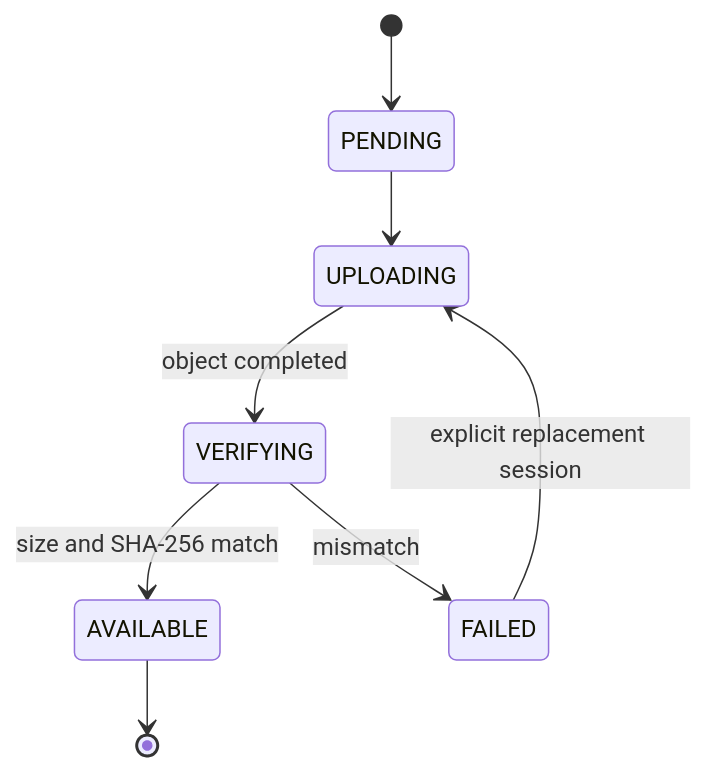
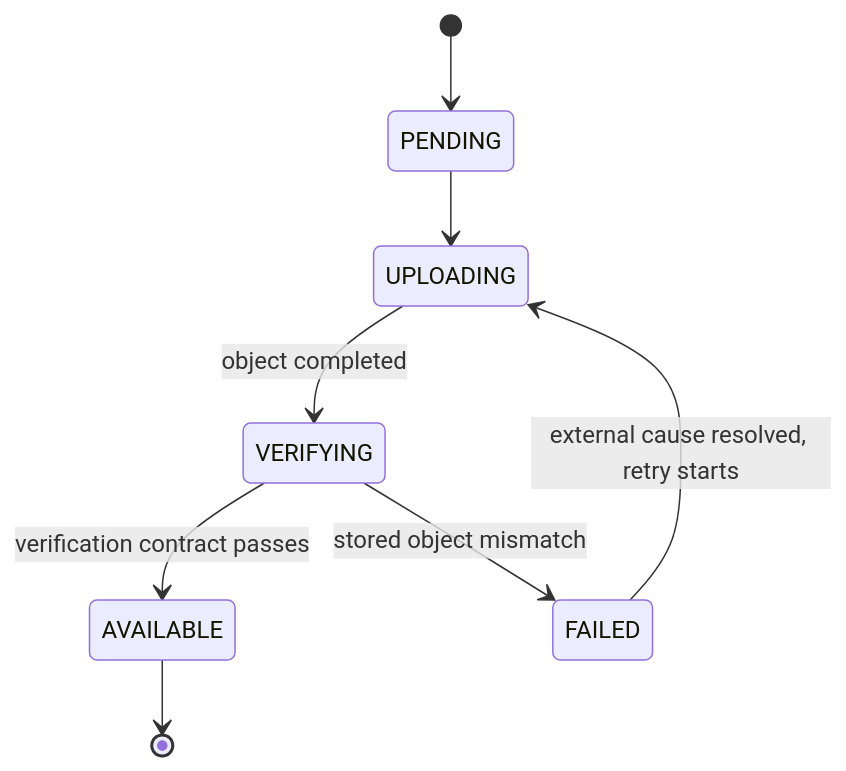
One commit to zbnerd/RoboLake changed the fourth of 4 diagrams in docs/ARCHITECTURE_V0_1.md. Above: the diagram before and after it, drawn with Mermaid. The commit also changed other lines of this file and 91 other files, not shown here.

````diff
--- a/docs/ARCHITECTURE_V0_1.md
+++ b/docs/ARCHITECTURE_V0_1.md
@@ -324,10 +324,10 @@
 ```mermaid
 stateDiagram-v2
     [*] --> PENDING
     PENDING --> UPLOADING
     UPLOADING --> VERIFYING: object completed
-    VERIFYING --> AVAILABLE: size and SHA-256 match
-    VERIFYING --> FAILED: mismatch
-    FAILED --> UPLOADING: explicit replacement session
+    VERIFYING --> AVAILABLE: verification contract passes
+    VERIFYING --> FAILED: stored object mismatch
+    FAILED --> UPLOADING: external cause resolved, retry starts
     AVAILABLE --> [*]
 ```
````
